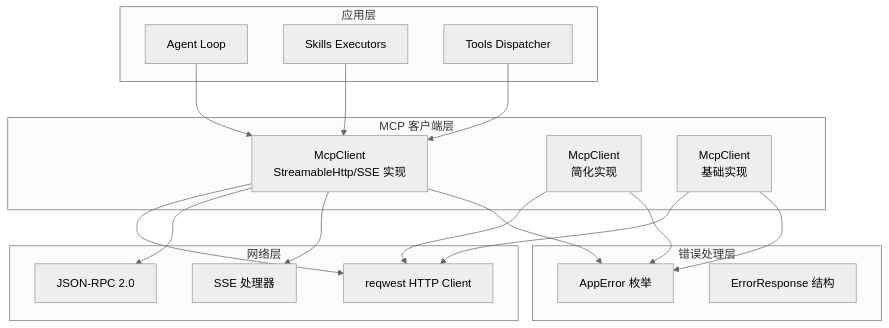
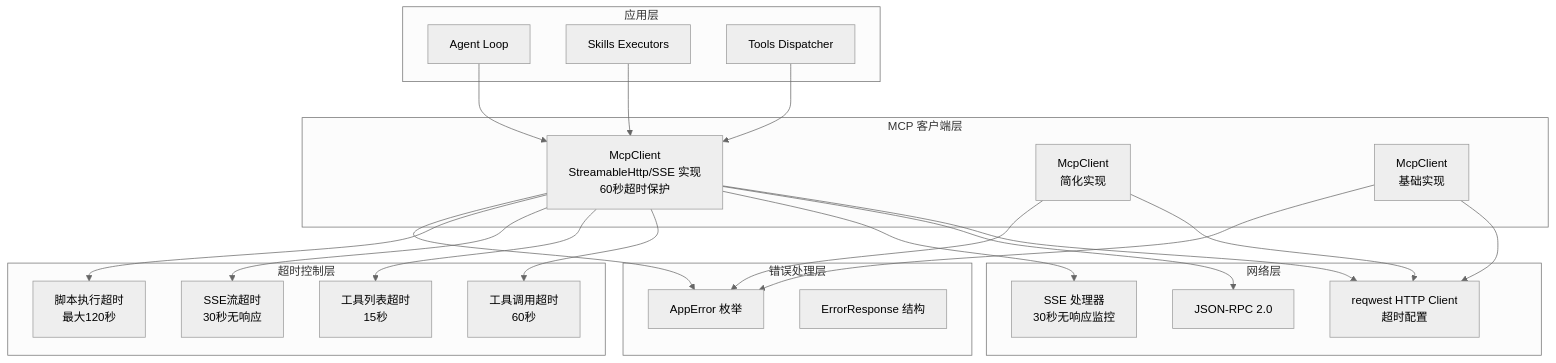
The third of 13 diagrams in .qoder/repowiki/zh/content/MCP 协议集成/MCP 客户端实现.md (baike08/cosurf), drawn with Mermaid (neutral theme) before and after one commit. The commit also changed other lines of this file and 23 other files, not shown here.

````diff
--- a/.qoder/repowiki/zh/content/MCP 协议集成/MCP 客户端实现.md
+++ b/.qoder/repowiki/zh/content/MCP 协议集成/MCP 客户端实现.md
@@ -133,33 +155,43 @@
 ```mermaid
 graph TB
 subgraph "应用层"
 A1[Agent Loop]
 A2[Skills Executors]
 A3[Tools Dispatcher]
 end
 subgraph "MCP 客户端层"
-C1[McpClient<br/>StreamableHttp/SSE 实现]
+C1[McpClient<br/>StreamableHttp/SSE 实现<br/>60秒超时保护]
 C2[McpClient<br/>简化实现]
 C3[McpClient<br/>基础实现]
 end
 subgraph "网络层"
-N1[reqwest HTTP Client]
+N1[reqwest HTTP Client<br/>超时配置]
 N2[JSON-RPC 2.0]
-N3[SSE 处理器]
+N3[SSE 处理器<br/>30秒无响应监控]
+end
+subgraph "超时控制层"
+T1[工具调用超时<br/>60秒]
+T2[工具列表超时<br/>15秒]
+T3[SSE流超时<br/>30秒无响应]
+T4[脚本执行超时<br/>最大120秒]
 end
 subgraph "错误处理层"
 E1[AppError 枚举]
 E2[ErrorResponse 结构]
 end
 A1 --> C1
 A2 --> C1
 A3 --> C1
 C1 --> N1
 C1 --> N2
 C1 --> N3
+C1 --> T1
+C1 --> T2
+C1 --> T3
+C1 --> T4
 C2 --> N1
 C3 --> N1
 C1 --> E1
 C2 --> E1
 C3 --> E1
 ```
````
